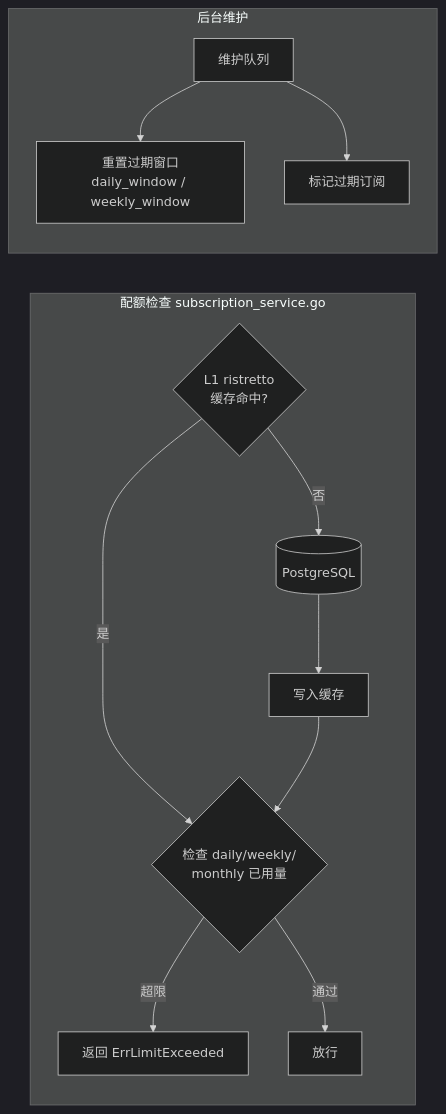
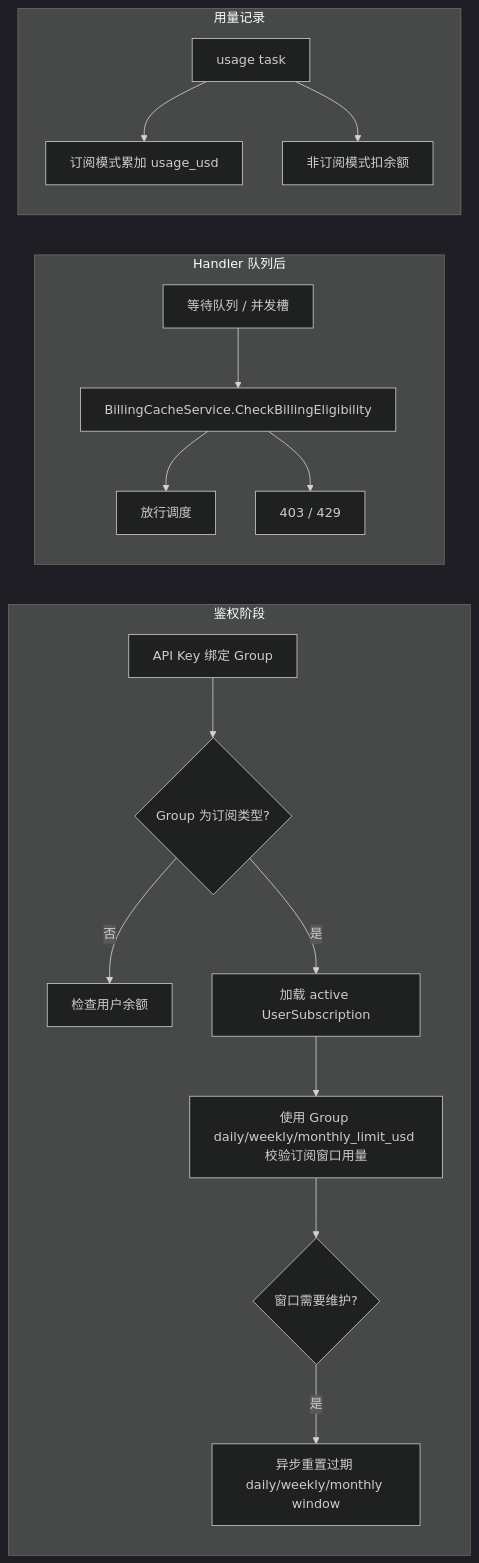
The seventh of 9 diagrams in docs/ARCHITECTURE.md (linshisancc/sub2api), drawn with Mermaid (dark theme) before and after one commit. The commit also changed other lines of this file, not shown here.

Commit message:
docs: update architecture overview

````diff
--- a/docs/ARCHITECTURE.md
+++ b/docs/ARCHITECTURE.md
@@ -452,18 +555,22 @@
 ```mermaid
 flowchart LR
-    subgraph 配额检查 subscription_service.go
-        L1{L1 ristretto<br/>缓存命中?}
-        L1 -- 是 --> CHK
-        L1 -- 否 --> DB[(PostgreSQL)]
-        DB --> L1W[写入缓存] --> CHK
-        CHK{检查 daily/weekly/<br/>monthly 已用量}
-        CHK -- 超限 --> DENY[返回 ErrLimitExceeded]
-        CHK -- 通过 --> ALLOW[放行]
+    subgraph 鉴权阶段
+        KEY[API Key 绑定 Group] --> TYPE{Group 为订阅类型?}
+        TYPE -- 否 --> BAL[检查用户余额]
+        TYPE -- 是 --> SUB[加载 active UserSubscription]
+        SUB --> LIMIT[使用 Group daily/weekly/monthly_limit_usd 校验订阅窗口用量]
+        LIMIT --> MAINT{窗口需要维护?}
+        MAINT -- 是 --> ASYNC[异步重置过期 daily/weekly/monthly window]
     end
 
-    subgraph 后台维护
-        MQ[维护队列]
-        MQ --> RESET[重置过期窗口<br/>daily_window / weekly_window]
-        MQ --> EXPIRE[标记过期订阅]
+    subgraph Handler 队列后
+        WAIT[等待队列 / 并发槽] --> RECHECK[BillingCacheService.CheckBillingEligibility]
+        RECHECK --> PASS[放行调度]
+        RECHECK --> DENY[403 / 429]
+    end
+
+    subgraph 用量记录
+        USAGE[usage task] --> INC[订阅模式累加 usage_usd]
+        USAGE --> BAL2[非订阅模式扣余额]
     end
 ```
````
